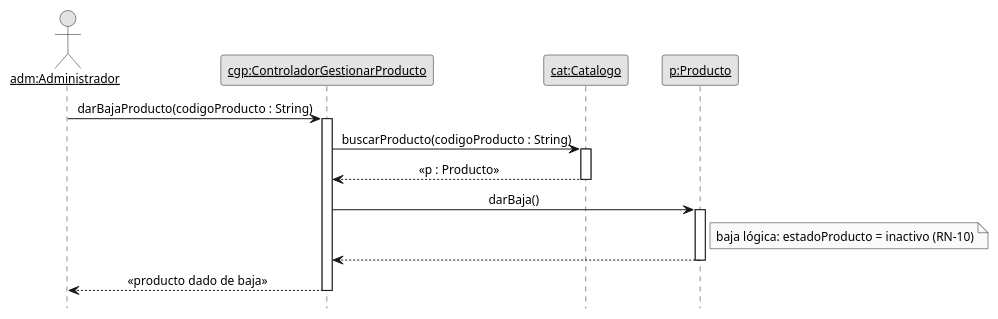
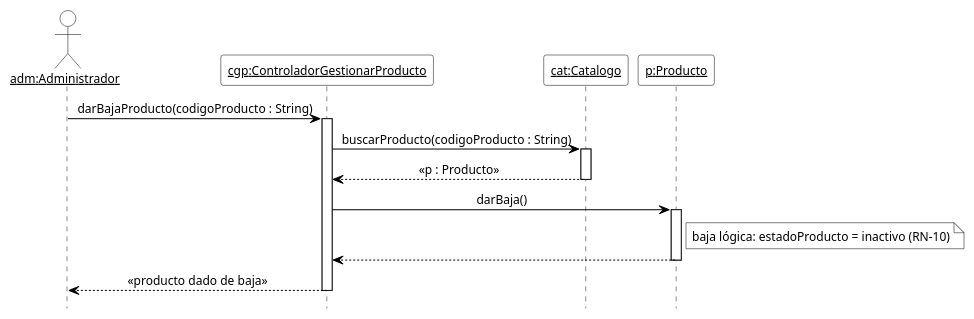
One commit to cirotop/Stock-Project changed the ninth of 17 diagrams in 08-Diagrama De Secuencia/Diagramas_de_Secuencia.md. Above: the diagram before and after it, drawn with PlantUML. The commit also changed other lines of this file and 34 other files, not shown here.

````diff
--- a/08-Diagrama De Secuencia/Diagramas_de_Secuencia.md
+++ b/08-Diagrama De Secuencia/Diagramas_de_Secuencia.md
@@ -450,27 +530,37 @@
 ```plantuml
 @startuml DSD_CU-04_darBajaProducto
 ' Diagrama de Secuencia de Diseño (DSD) - CU-04 Gestionar producto - darBajaProducto
 ' Estilo de los ejemplos de la teoría (introducirArticulo / crearNuevaVenta).
 hide footbox
-skinparam monochrome true
 skinparam shadowing false
 skinparam defaultFontName Arial
 skinparam defaultFontSize 12
 skinparam sequenceMessageAlign center
-skinparam ParticipantPadding 12
+skinparam ArrowColor black
+skinparam ParticipantBackgroundColor white
+skinparam ParticipantBorderColor black
+skinparam ActorBackgroundColor white
+skinparam ActorBorderColor black
+skinparam LifeLineBorderColor black
+skinparam LifeLineBackgroundColor white
+skinparam SequenceGroupBackgroundColor white
+skinparam SequenceGroupBorderColor black
+skinparam SequenceGroupHeaderFontColor black
+skinparam NoteBackgroundColor white
+skinparam NoteBorderColor black
 
 actor "<u>adm:Administrador</u>" as adm
 participant "<u>cgp:ControladorGestionarProducto</u>" as cgp
 participant "<u>cat:Catalogo</u>" as cat
 participant "<u>p:Producto</u>" as p
 
 adm -> cgp ++ : darBajaProducto(codigoProducto : String)
 cgp -> cat ++ : buscarProducto(codigoProducto : String)
 cat --> cgp -- : «p : Producto»
 cgp -> p ++ : darBaja()
 note right of p : baja lógica: estadoProducto = inactivo (RN-10)
 p --> cgp --
 cgp --> adm -- : «producto dado de baja»
 
 @enduml
 ```
````
